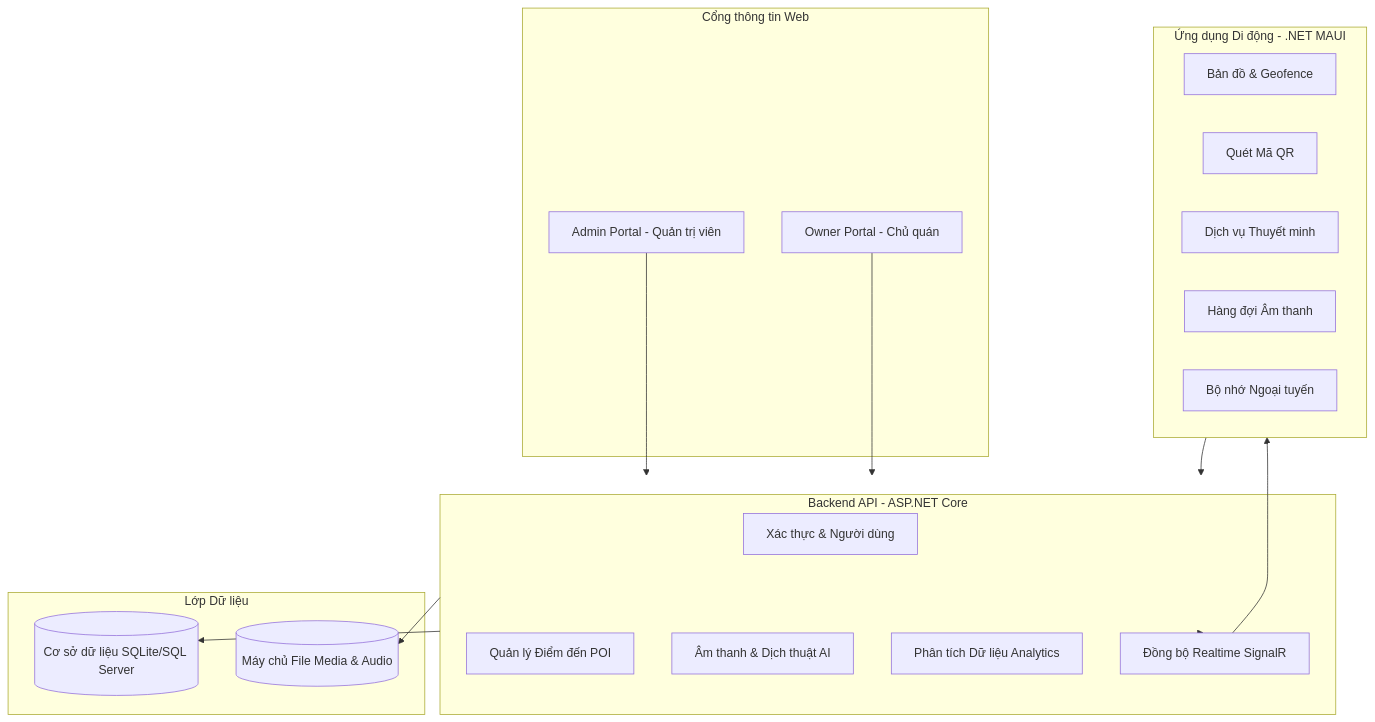
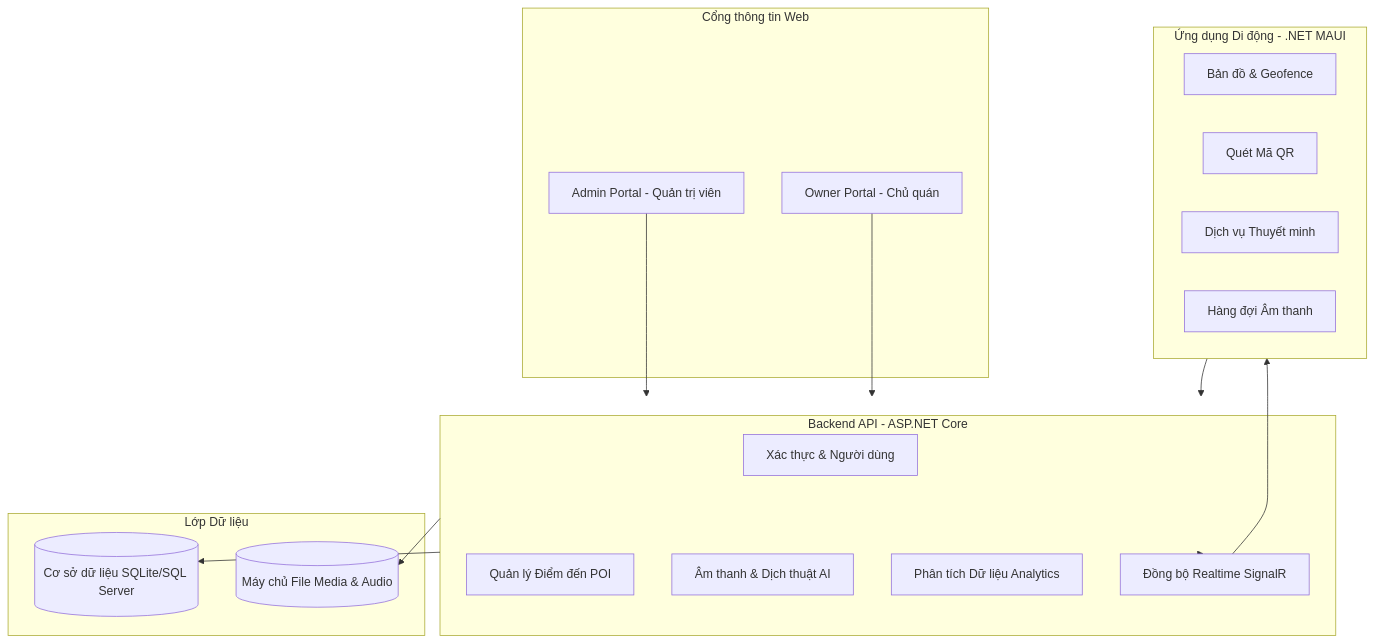
Before and after one commit to thphong2412/VinhKhanhFoodAPI: the first of 17 diagrams in PRD_VinhKhanh_Project_2026.md, drawn with Mermaid. The commit also changed other lines of this file, not shown here.

Commit message:
Update PRD: Remove map offline/tour, add User actor in diagram 9.6 and 9.7

````diff
--- a/PRD_VinhKhanh_Project_2026.md
+++ b/PRD_VinhKhanh_Project_2026.md
@@ -102,36 +100,35 @@
 ```mermaid
 graph TD
     subgraph Mobile[Ứng dụng Di động - .NET MAUI]
         MAP[Bản đồ & Geofence]
         SCAN[Quét Mã QR]
         NAR[Dịch vụ Thuyết minh]
         AQ[Hàng đợi Âm thanh]
-        OFF[Bộ nhớ Ngoại tuyến]
     end
 
     subgraph Portals[Cổng thông tin Web]
         ADMIN[Admin Portal - Quản trị viên]
         OWNER[Owner Portal - Chủ quán]
     end
 
     subgraph API[Backend API - ASP.NET Core]
         AUTH[Xác thực & Người dùng]
         POI[Quản lý Điểm đến POI]
         AUD[Âm thanh & Dịch thuật AI]
         ANA[Phân tích Dữ liệu Analytics]
         HUB[Đồng bộ Realtime SignalR]
     end
 
     subgraph DB[Lớp Dữ liệu]
         SQL[(Cơ sở dữ liệu SQLite/SQL Server)]
         FILES[(Máy chủ File Media & Audio)]
     end
 
     Mobile --> API
     ADMIN --> API
     OWNER --> API
     API --> SQL
     API --> FILES
     API --> HUB
     HUB --> Mobile
 ```
````
